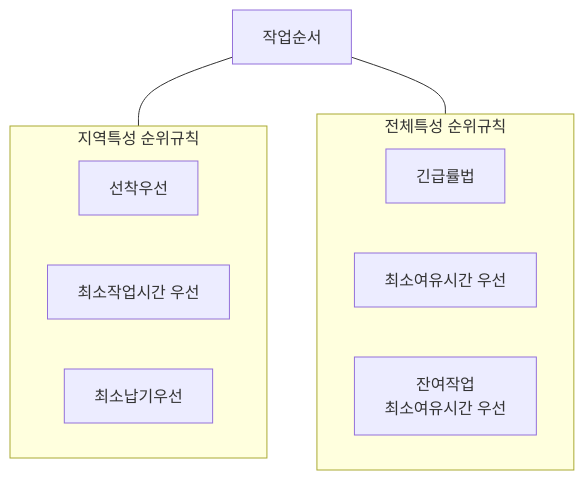
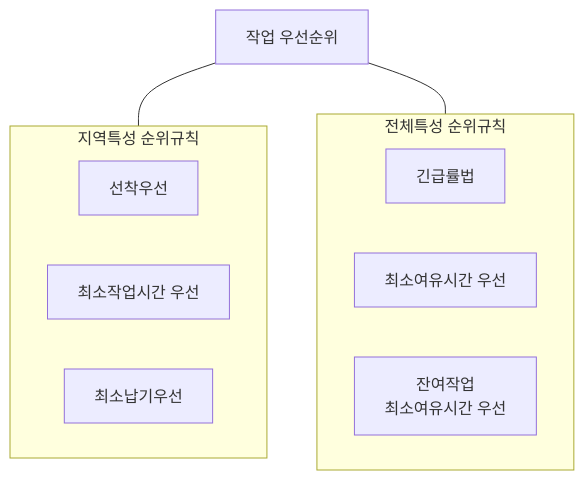
Before and after one commit to yeonkyupark/pepc2e: the diagram in 0503작업계획수립.qmd, drawn with Mermaid. The commit also changed other lines of this file, not shown here.

````diff
--- a/0503작업계획수립.qmd
+++ b/0503작업계획수립.qmd
@@ -37,16 +125,16 @@
 ```{mermaid}
 flowchart TD
     subgraph s01[지역특성 순위규칙]
     direction LR
     11[선착우선]
     12[최소작업시간 우선]
     13[최소납기우선]
     end
     subgraph s02[전체특성 순위규칙]
     direction LR
     21[긴급률법]
     22[최소여유시간 우선]
     23["잔여작업<br>최소여유시간 우선"]
     end
-  작업순서 --- s01 & s02
+  s00[작업 우선순위] --- s01 & s02
 ```
````
